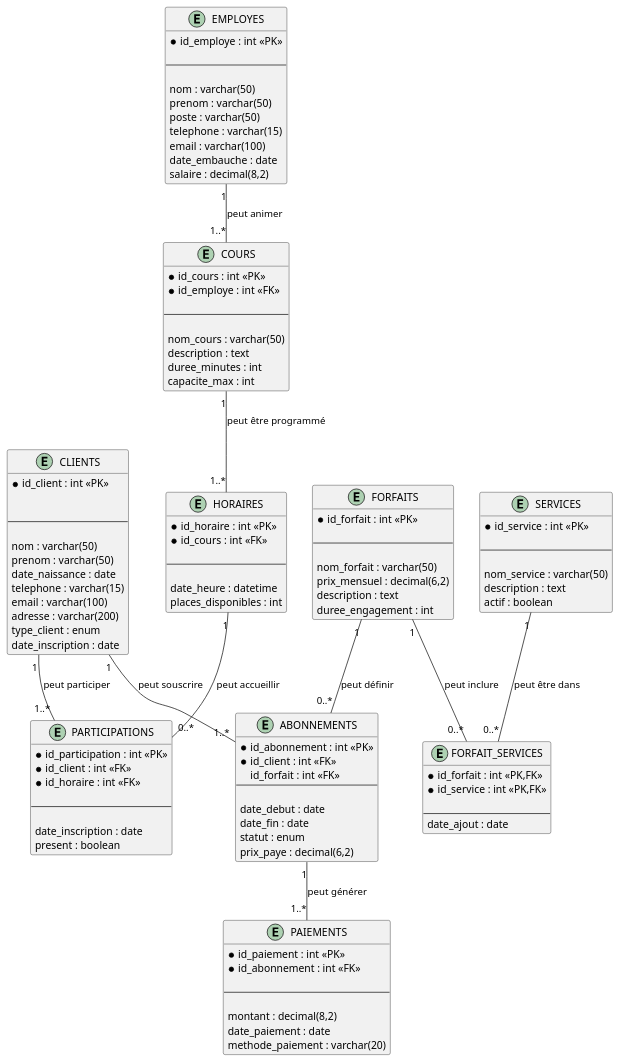
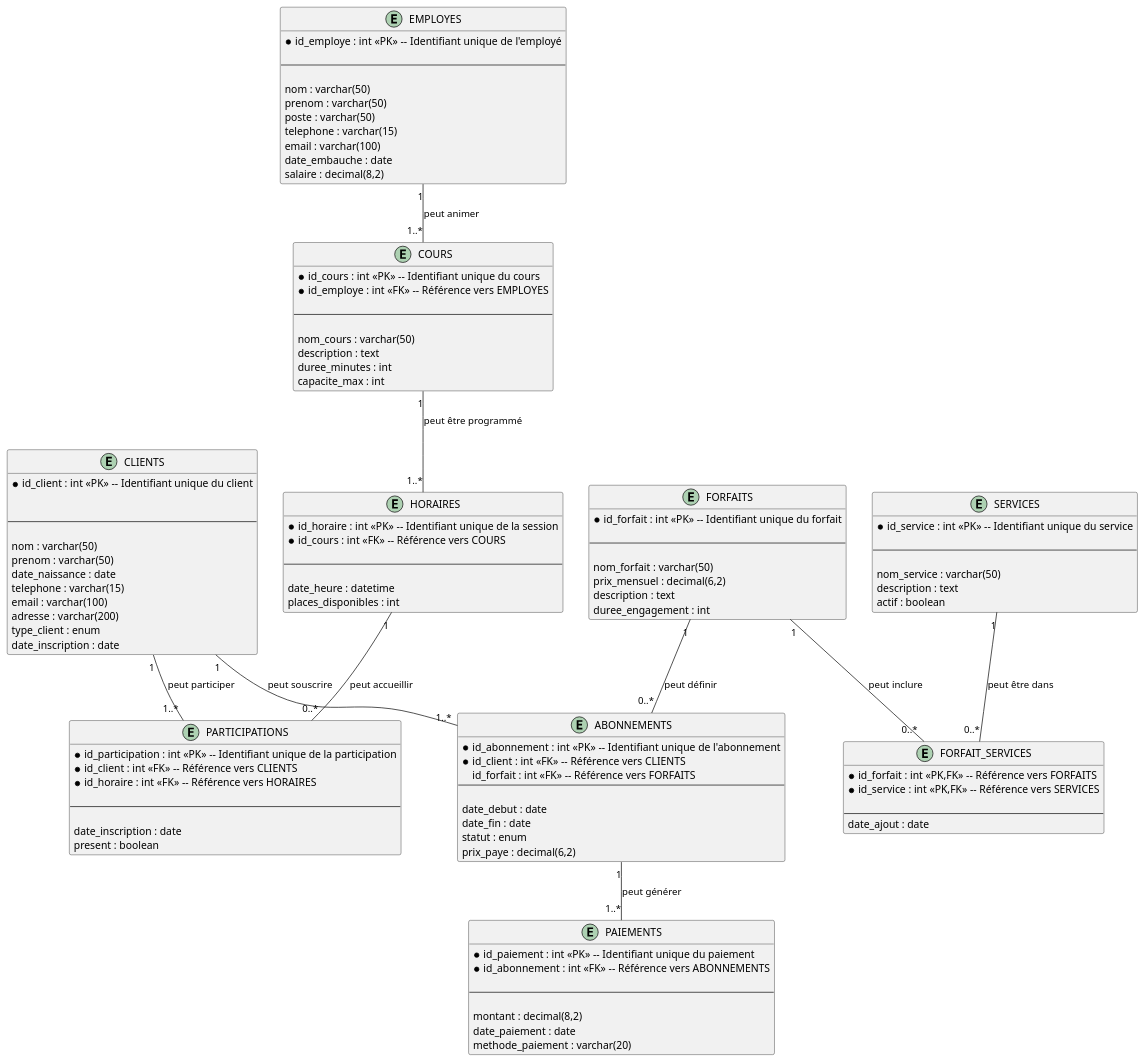
Before and after one commit to monsohleticia242/club-sportif--2302187S-: the second of 2 diagrams in README.md, drawn with PlantUML.

Commit message:
git commit -m "Ajoute les commentaires dans le readme "

```diff
--- a/README.md
+++ b/README.md
@@ -224,7 +224,7 @@
 @startuml
 
 entity CLIENTS {
-  * id_client : int <<PK>>
+  * id_client : int <<PK>> -- Identifiant unique du client
   
  
 ---
@@ -240,7 +240,7 @@
 }
 
 entity FORFAITS {
- * id_forfait : int <<PK>>
+ * id_forfait : int <<PK>> -- Identifiant unique du forfait
 
 ---
 
@@ -251,19 +251,19 @@
 }
 
 entity SERVICES {
-  * id_service : int <<PK>>
+  * id_service : int <<PK>> -- Identifiant unique du service
   
 ---
   
-  nom_service : varchar(50)
+  nom_service : varchar(50) 
   description : text
   actif : boolean
 }
 
 entity ABONNEMENTS {
-  *id_abonnement : int <<PK>>
-   *id_client : int <<FK>>
-   id_forfait : int <<FK>>
+  *id_abonnement : int <<PK>> -- Identifiant unique de l'abonnement
+   *id_client : int <<FK>> -- Référence vers CLIENTS
+   id_forfait : int <<FK>> -- Référence vers FORFAITS
 ---
 
   date_debut : date
@@ -273,7 +273,7 @@
 }
 
  entity  EMPLOYES {
-  *id_employe : int <<PK>>
+  *id_employe : int <<PK>> -- Identifiant unique de l'employé
   
 ---
 
@@ -287,8 +287,8 @@
 }
 
 entity COURS {
- * id_cours : int <<PK>>
-  * id_employe : int <<FK>>
+ * id_cours : int <<PK>> -- Identifiant unique du cours
+  * id_employe : int <<FK>> -- Référence vers EMPLOYES
   
 ---
 
@@ -299,8 +299,8 @@
 }
 
 entity HORAIRES {
- * id_horaire : int <<PK>>
-  * id_cours : int <<FK>>
+ * id_horaire : int <<PK>> -- Identifiant unique de la session
+  * id_cours : int <<FK>> -- Référence vers COURS
   
 ---
 
@@ -309,9 +309,9 @@
 }
 
 entity PARTICIPATIONS {
-  * id_participation : int <<PK>>
-  * id_client : int <<FK>>
-  * id_horaire : int <<FK>>
+  * id_participation : int <<PK>> -- Identifiant unique de la participation
+  * id_client : int <<FK>> -- Référence vers CLIENTS
+  * id_horaire : int <<FK>> -- Référence vers HORAIRES
   
 ---
   
@@ -320,8 +320,8 @@
 }
 
 entity PAIEMENTS {
-  * id_paiement : int <<PK>>
-   * id_abonnement : int <<FK>>
+  * id_paiement : int <<PK>> -- Identifiant unique du paiement
+   * id_abonnement : int <<FK>> -- Référence vers ABONNEMENTS
    
 ---
    
@@ -331,8 +331,8 @@
 }
 
 entity FORFAIT_SERVICES {
-  * id_forfait : int <<PK,FK>>
-  * id_service : int <<PK,FK>>
+  * id_forfait : int <<PK,FK>> -- Référence vers FORFAITS 
+  * id_service : int <<PK,FK>> -- Référence vers SERVICES
   
 ---
   date_ajout : date
```
